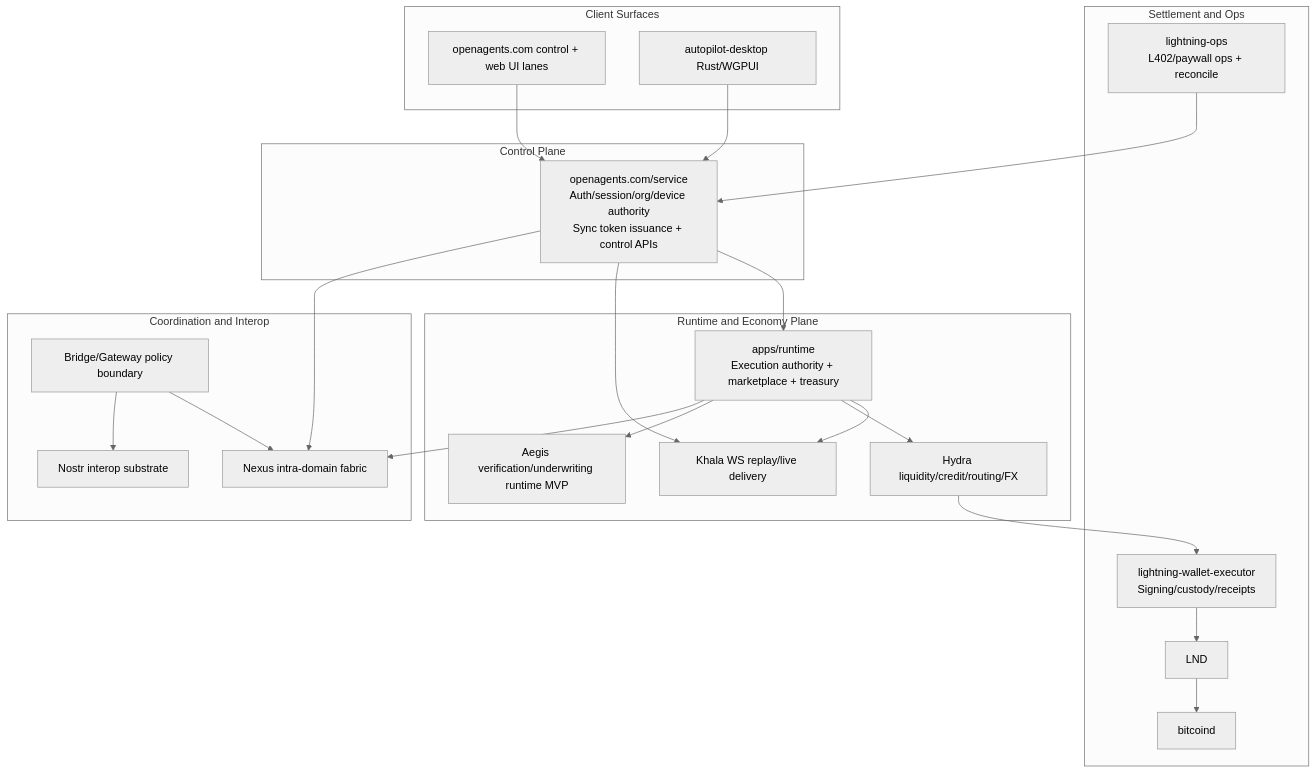
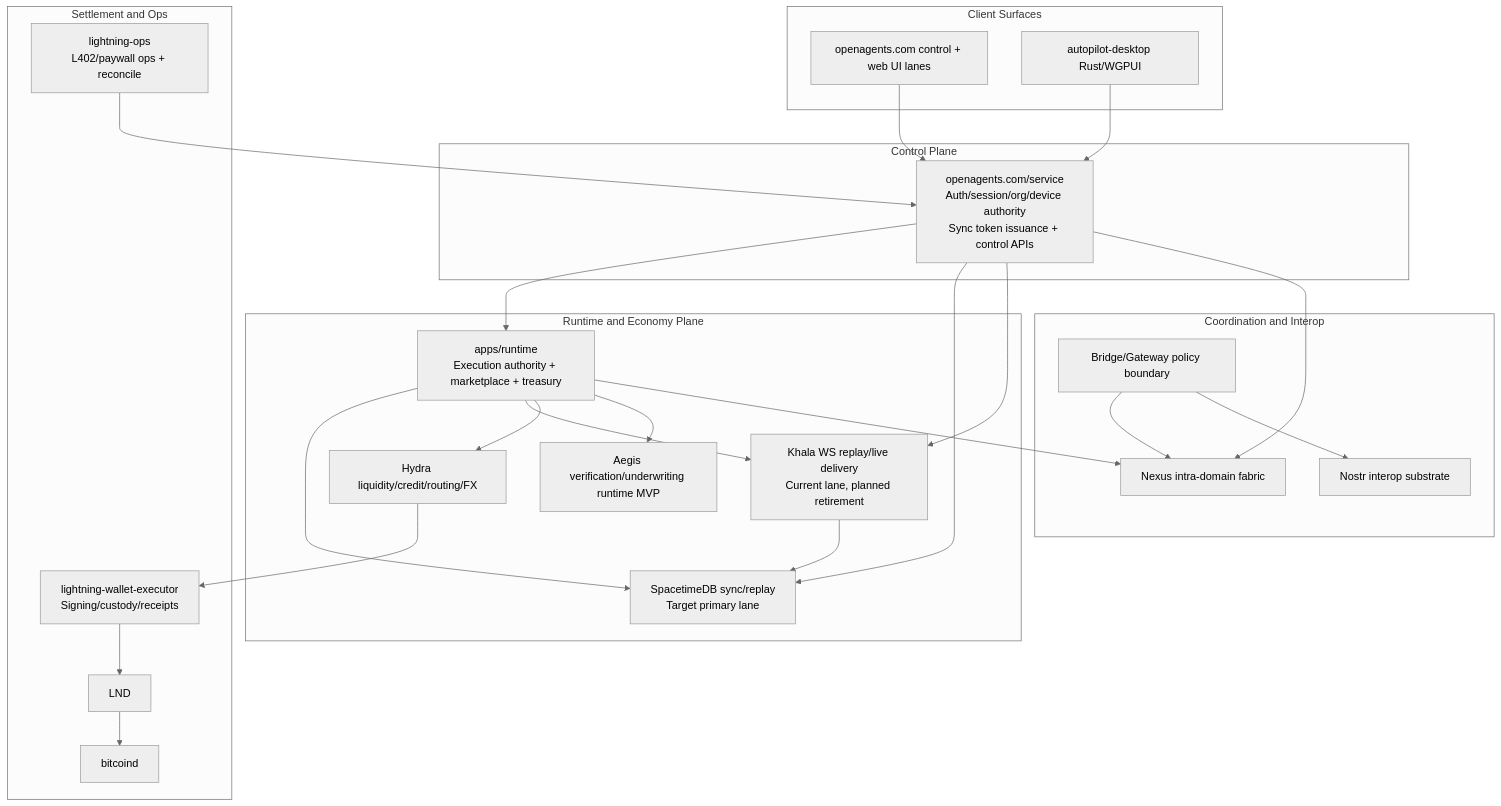
The diagram in docs/core/ARCHITECTURE.md (OpenAgentsInc/openagents), drawn with Mermaid (neutral theme) before and after one commit. The commit also changed other lines of this file and 12 other files, not shown here.

Commit message:
docs: align SpacetimeDB full replacement architecture plan

````diff
--- a/docs/core/ARCHITECTURE.md
+++ b/docs/core/ARCHITECTURE.md
@@ -85,55 +88,61 @@
 ```mermaid
 flowchart TB
   subgraph surfaces[Client Surfaces]
     web[openagents.com control + web UI lanes]
     desktop[autopilot-desktop Rust/WGPUI]
   end
 
   subgraph controlplane[Control Plane]
     control[openagents.com/service
 Auth/session/org/device authority
 Sync token issuance + control APIs]
   end
 
   subgraph runtimeplane[Runtime and Economy Plane]
     runtime[apps/runtime
 Execution authority + marketplace + treasury]
-    khala[Khala WS replay/live delivery]
+    spacetime[SpacetimeDB sync/replay
+Target primary lane]
+    khala[Khala WS replay/live delivery
+Current lane, planned retirement]
     hydra[Hydra liquidity/credit/routing/FX]
     aegis[Aegis verification/underwriting runtime MVP]
   end
 
   subgraph settlement[Settlement and Ops]
     lwe[lightning-wallet-executor
 Signing/custody/receipts]
     lops[lightning-ops
 L402/paywall ops + reconcile]
     lnd[LND]
     bitcoind[bitcoind]
   end
 
   subgraph fabrics[Coordination and Interop]
     nexus[Nexus intra-domain fabric]
     bridge[Bridge/Gateway policy boundary]
     nostr[Nostr interop substrate]
   end
 
   web --> control
   desktop --> control
 
   control --> runtime
+  control --> spacetime
+  runtime --> spacetime
   control --> khala
   runtime --> khala
+  khala --> spacetime
 
   runtime --> hydra
   runtime --> aegis
   hydra --> lwe
   lops --> control
   lwe --> lnd
   lnd --> bitcoind
 
   runtime --> nexus
   control --> nexus
   bridge --> nexus
   bridge --> nostr
 ```
````
